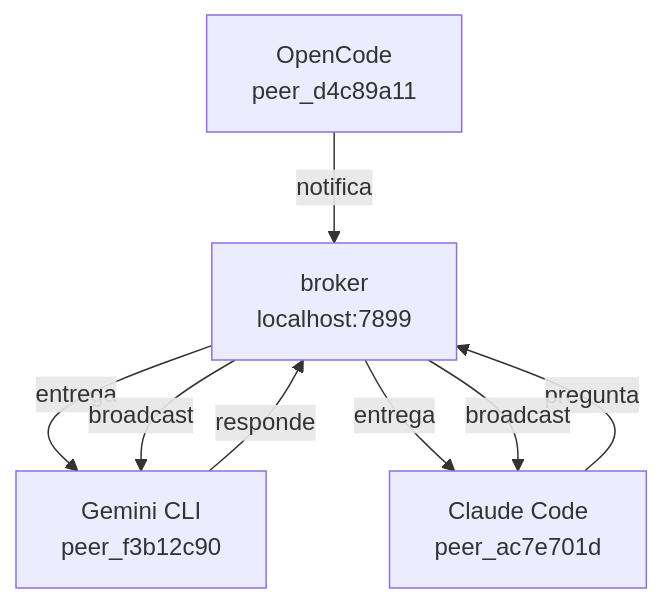
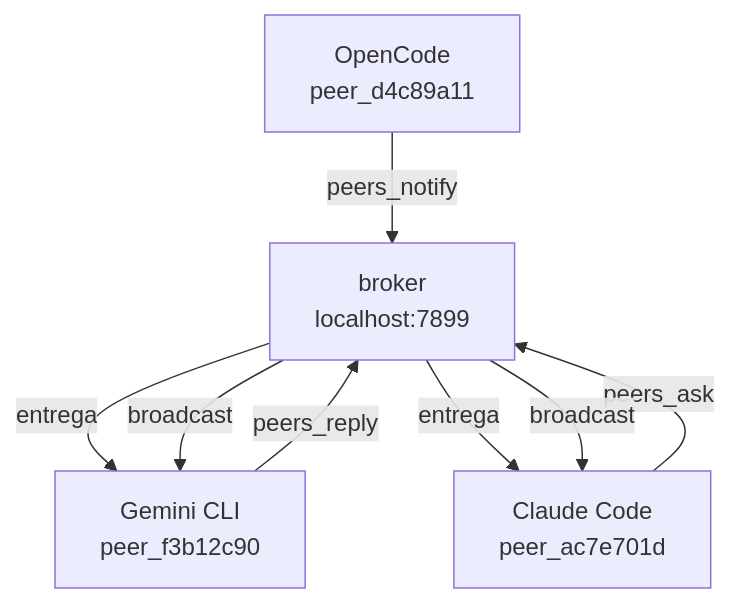
Before and after one commit to luisestebanveragomez/agents-mesh: the diagram in README.es.md, drawn with Mermaid. The commit also changed other lines of this file and 2 other files, not shown here.

````diff
--- a/README.es.md
+++ b/README.es.md
@@ -23,13 +23,13 @@
 ```mermaid
 graph TD
     B[broker\nlocalhost:7899]
 
-    CC[Claude Code\npeer_ac7e701d] -->|pregunta| B
+    CC[Claude Code\npeer_ac7e701d] -->|peers_ask| B
     B -->|entrega| GM[Gemini CLI\npeer_f3b12c90]
-    GM -->|responde| B
+    GM -->|peers_reply| B
     B -->|entrega| CC
 
-    OC[OpenCode\npeer_d4c89a11] -->|notifica| B
+    OC[OpenCode\npeer_d4c89a11] -->|peers_notify| B
     B -->|broadcast| CC
     B -->|broadcast| GM
 ```
````
